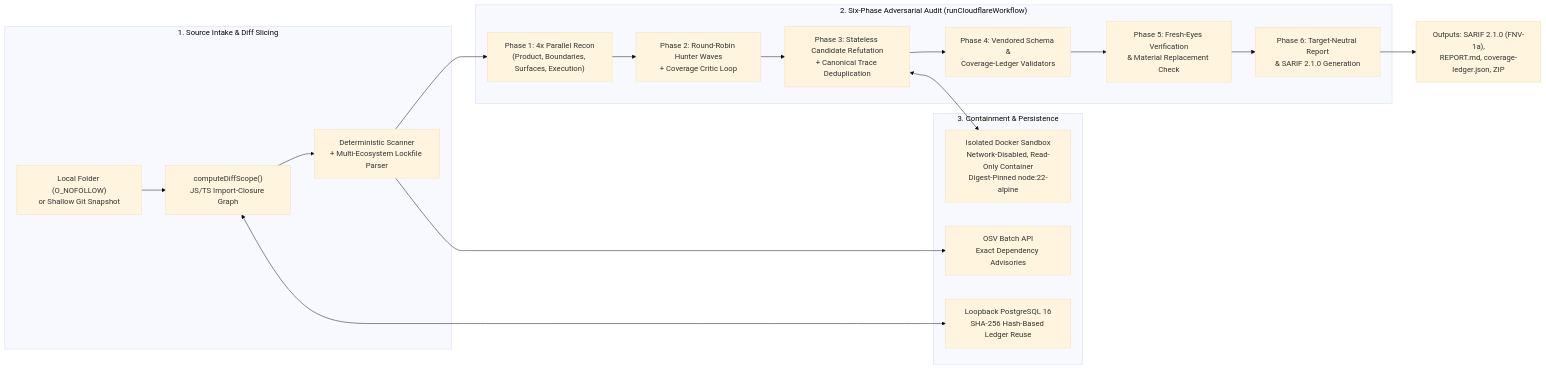
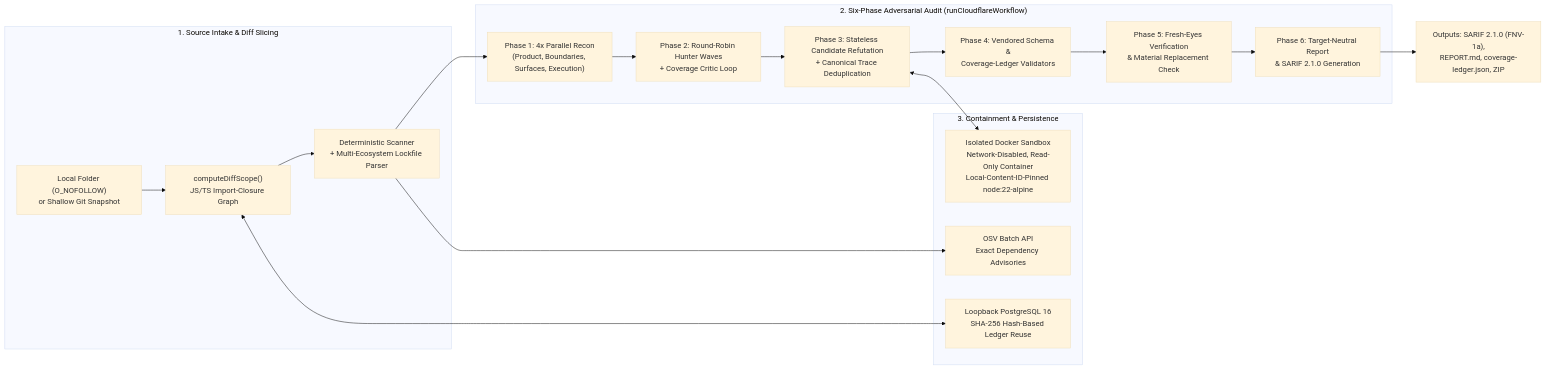
The diagram in README.md (Nandish199/Kavach-Project-Security), drawn with Mermaid (base theme) before and after one commit. The commit also changed other lines of this file and 5 other files, not shown here.

````diff
--- a/README.md
+++ b/README.md
@@ -58,27 +122,27 @@
 ```mermaid
 flowchart LR
   subgraph Intake["1. Source Intake & Diff Slicing"]
     A["Local Folder (O_NOFOLLOW)<br/>or Shallow Git Snapshot"] --> B["computeDiffScope()<br/>JS/TS Import-Closure Graph"]
     B --> C["Deterministic Scanner<br/>+ Multi-Ecosystem Lockfile Parser"]
   end
 
   subgraph Workflow["2. Six-Phase Adversarial Audit (runCloudflareWorkflow)"]
     D["Phase 1: 4x Parallel Recon<br/>(Product, Boundaries, Surfaces, Execution)"] --> E["Phase 2: Round-Robin Hunter Waves<br/>+ Coverage Critic Loop"]
     E --> F["Phase 3: Stateless Candidate Refutation<br/>+ Canonical Trace Deduplication"]
     F --> G["Phase 4: Vendored Schema &<br/>Coverage-Ledger Validators"]
     G --> H["Phase 5: Fresh-Eyes Verification<br/>& Material Replacement Check"]
     H --> I["Phase 6: Target-Neutral Report<br/>& SARIF 2.1.0 Generation"]
   end
 
   subgraph Sandbox["3. Containment & Persistence"]
-    J["Isolated Docker Sandbox<br/>Network-Disabled, Read-Only Container<br/>Digest-Pinned node:22-alpine"]
+    J["Isolated Docker Sandbox<br/>Network-Disabled, Read-Only Container<br/>Local-Content-ID-Pinned node:22-alpine"]
     K["Loopback PostgreSQL 16<br/>SHA-256 Hash-Based Ledger Reuse"]
     L["OSV Batch API<br/>Exact Dependency Advisories"]
   end
 
   C --> D
   C --> L
   B <--> K
   F <--> J
   I --> M["Outputs: SARIF 2.1.0 (FNV-1a),<br/>REPORT.md, coverage-ledger.json, ZIP"]
 ```
````
